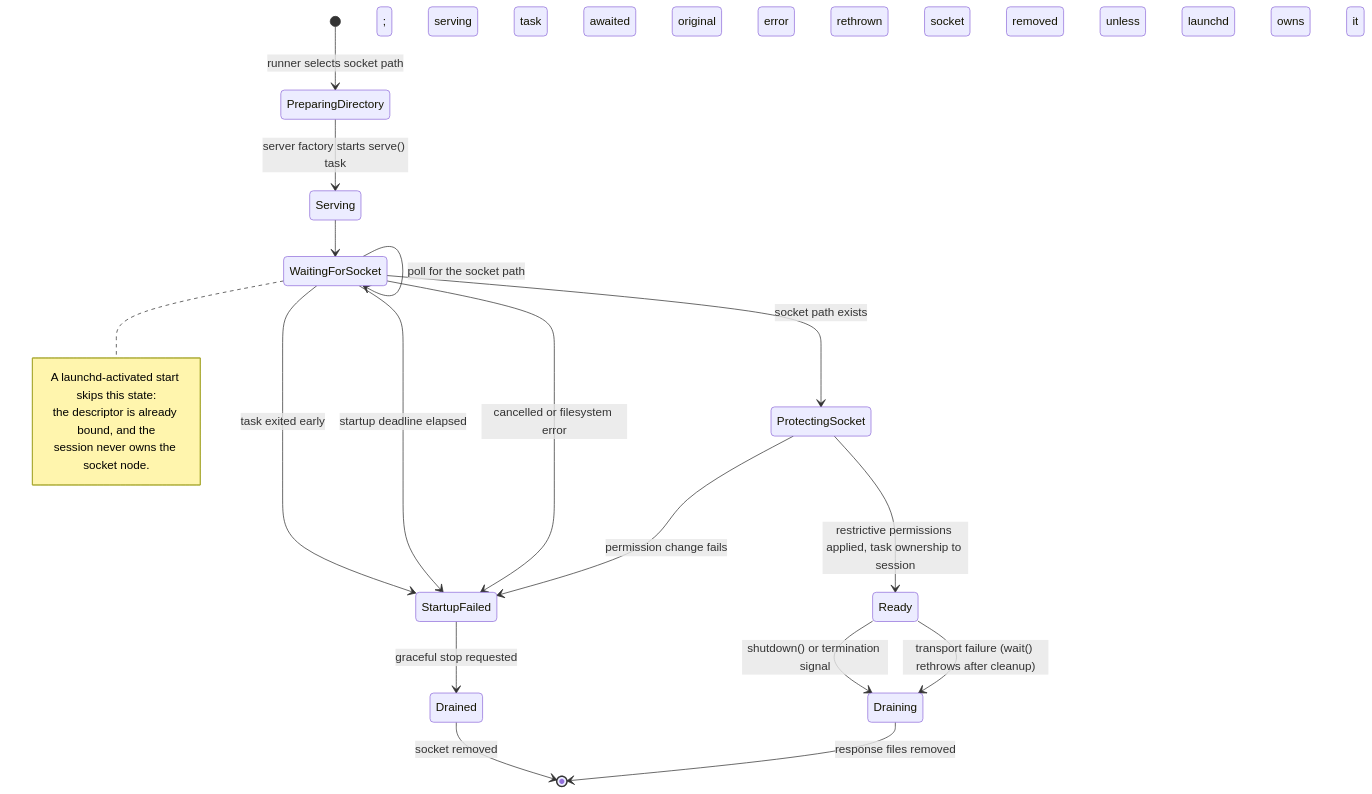
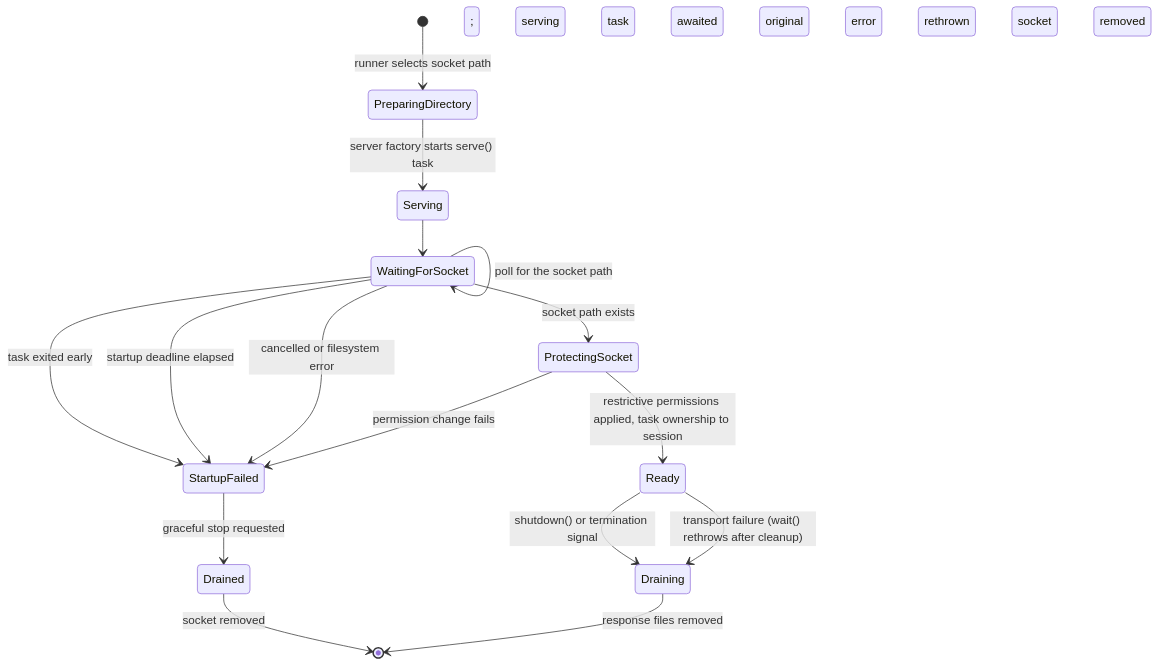
The diagram in Sources/X8Kit/X8Kit.docc/Diagrams/server-lifecycle-states.mmd (Ryu0118/x8), drawn with Mermaid before and after one commit. The commit also changed 14 other files, not shown here.

First line of the commit message:
Remove launchd socket activation support from x8

```diff
--- a/Sources/X8Kit/X8Kit.docc/Diagrams/server-lifecycle-states.mmd
+++ b/Sources/X8Kit/X8Kit.docc/Diagrams/server-lifecycle-states.mmd
@@ -1,22 +1,16 @@
 stateDiagram-v2
     [*] --> PreparingDirectory: runner selects socket path
     PreparingDirectory --> Serving: server factory starts serve() task
     Serving --> WaitingForSocket
     WaitingForSocket --> WaitingForSocket: poll for the socket path
     WaitingForSocket --> ProtectingSocket: socket path exists
     WaitingForSocket --> StartupFailed: task exited early
     WaitingForSocket --> StartupFailed: startup deadline elapsed
     WaitingForSocket --> StartupFailed: cancelled or filesystem error
     ProtectingSocket --> Ready: restrictive permissions applied, task ownership to session
     ProtectingSocket --> StartupFailed: permission change fails
     StartupFailed --> Drained: graceful stop requested; serving task awaited
     Drained --> [*]: socket removed; original error rethrown
     Ready --> Draining: shutdown() or termination signal
     Ready --> Draining: transport failure (wait() rethrows after cleanup)
-    Draining --> [*]: response files removed; socket removed unless launchd owns it
-
-    note right of WaitingForSocket
-        A launchd-activated start skips this state:
-        the descriptor is already bound, and the
-        session never owns the socket node.
-    end note
+    Draining --> [*]: response files removed; socket removed
```
